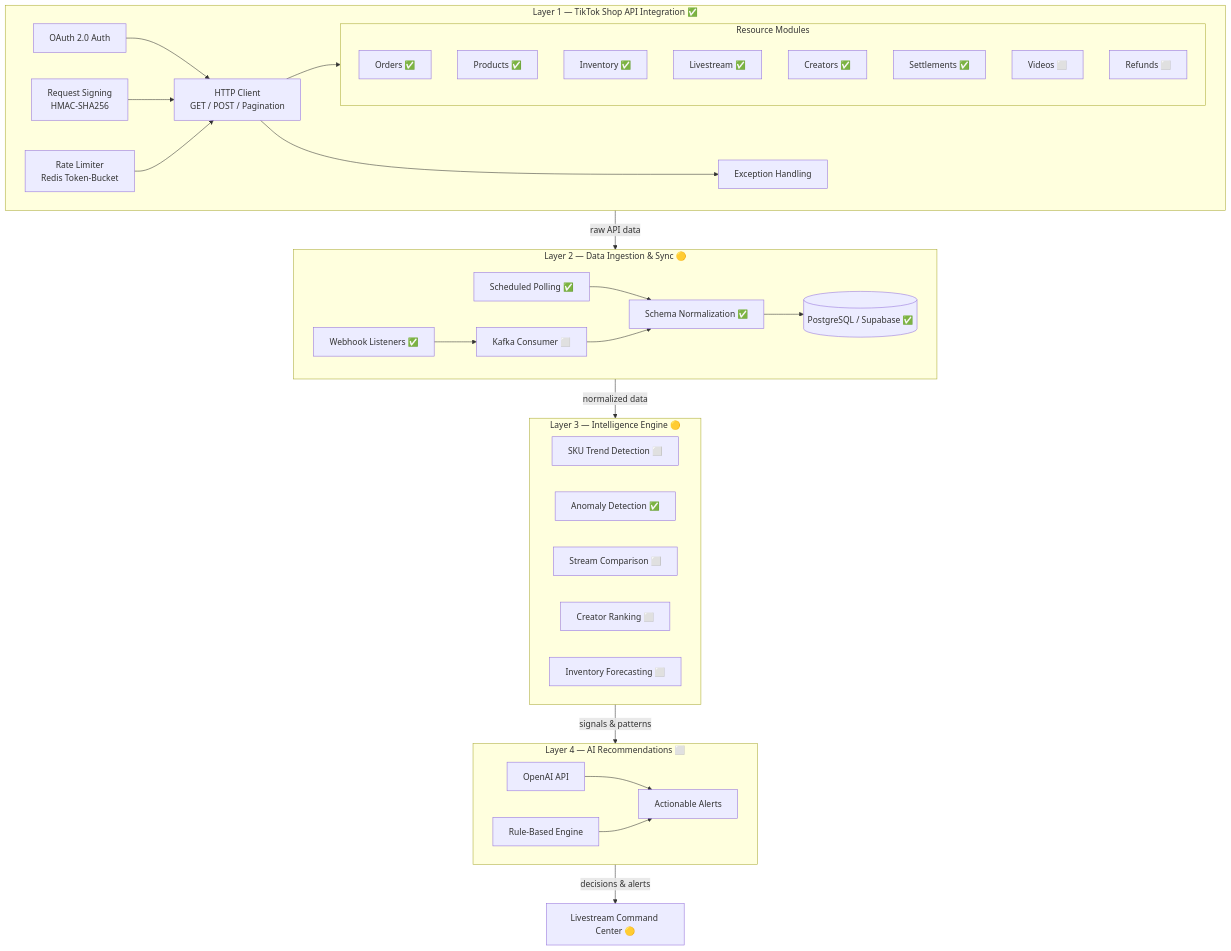
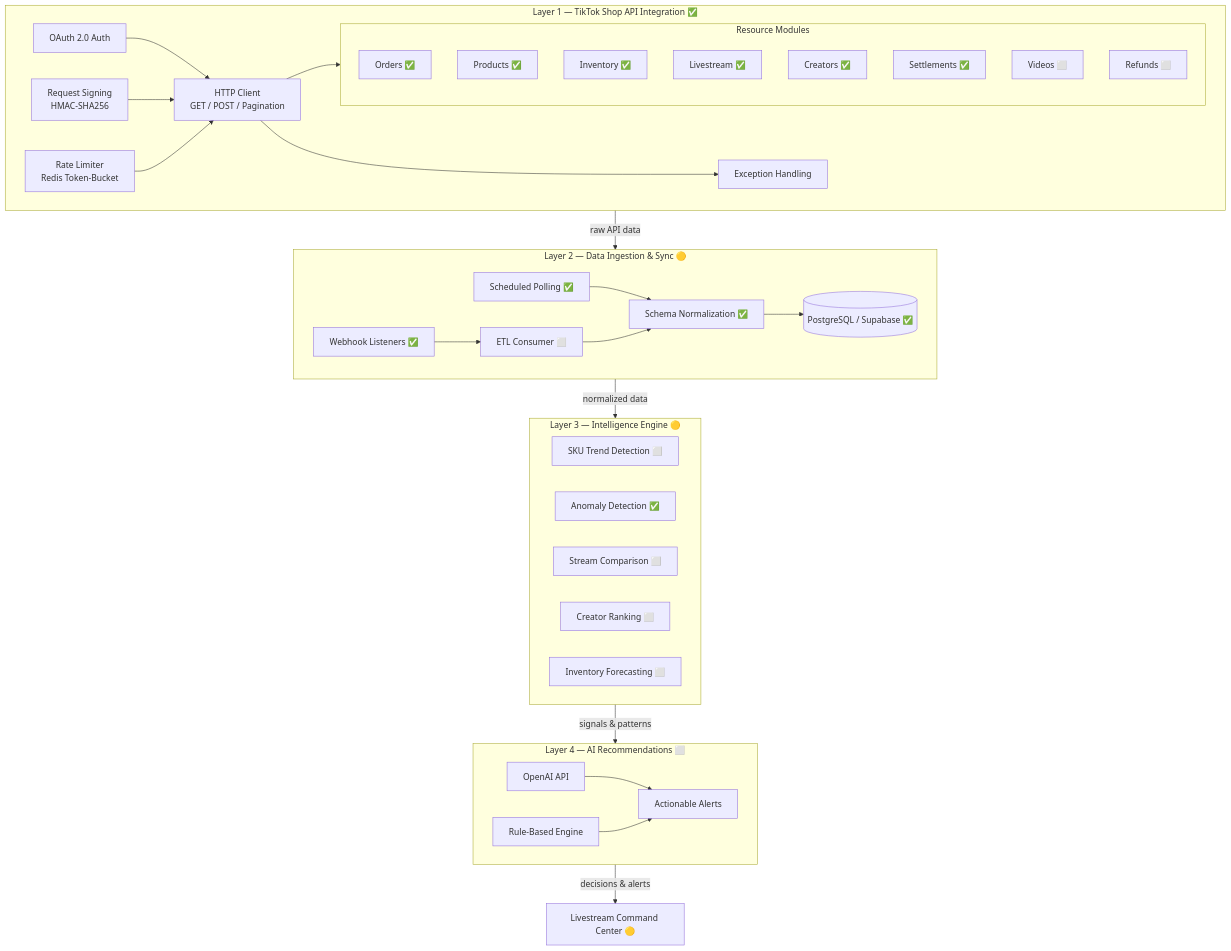
The diagram in docs/tiktok-shop-execution-plan.md (thienphung00/Juli-AI), drawn with Mermaid before and after one commit. The commit also changed other lines of this file and 236 other files, not shown here.

````diff
--- a/docs/tiktok-shop-execution-plan.md
+++ b/docs/tiktok-shop-execution-plan.md
@@ -216,63 +216,63 @@
 ```mermaid
 flowchart TD
     subgraph L1["Layer 1 — TikTok Shop API Integration ✅"]
         AUTH[OAuth 2.0 Auth]
         SIGN[Request Signing<br/>HMAC-SHA256]
         CLIENT[HTTP Client<br/>GET / POST / Pagination]
         RATE[Rate Limiter<br/>Redis Token-Bucket]
         EXC[Exception Handling]
 
         AUTH --> CLIENT
         SIGN --> CLIENT
         RATE --> CLIENT
         CLIENT --> EXC
 
         subgraph RES[Resource Modules]
             ORDERS[Orders ✅]
             PRODUCTS[Products ✅]
             INVENTORY[Inventory ✅]
             LIVESTREAM[Livestream ✅]
             CREATORS[Creators ✅]
             SETTLEMENTS[Settlements ✅]
             VIDEOS[Videos ⬜]
             REFUNDS[Refunds ⬜]
         end
 
         CLIENT --> RES
     end
 
     subgraph L2["Layer 2 — Data Ingestion & Sync 🟡"]
         POLL[Scheduled Polling ✅]
         WEBHOOK[Webhook Listeners ✅]
-        ETL[Kafka Consumer ⬜]
+        ETL[ETL Consumer ⬜]
         NORM[Schema Normalization ✅]
         PG[(PostgreSQL / Supabase ✅)]
 
         POLL --> NORM
         WEBHOOK --> ETL
         ETL --> NORM
         NORM --> PG
     end
 
     subgraph L3["Layer 3 — Intelligence Engine 🟡"]
         TREND[SKU Trend Detection ⬜]
         ANOMALY[Anomaly Detection ✅]
         COMPARE[Stream Comparison ⬜]
         RANK[Creator Ranking ⬜]
         FORECAST[Inventory Forecasting ⬜]
     end
 
     subgraph L4["Layer 4 — AI Recommendations ⬜"]
         LLM[OpenAI API]
         RULES[Rule-Based Engine]
         ALERTS[Actionable Alerts]
 
         LLM --> ALERTS
         RULES --> ALERTS
     end
 
     L1 -->|raw API data| L2
     L2 -->|normalized data| L3
     L3 -->|signals & patterns| L4
     L4 -->|decisions & alerts| UI[Livestream Command Center 🟡]
 ```
````
